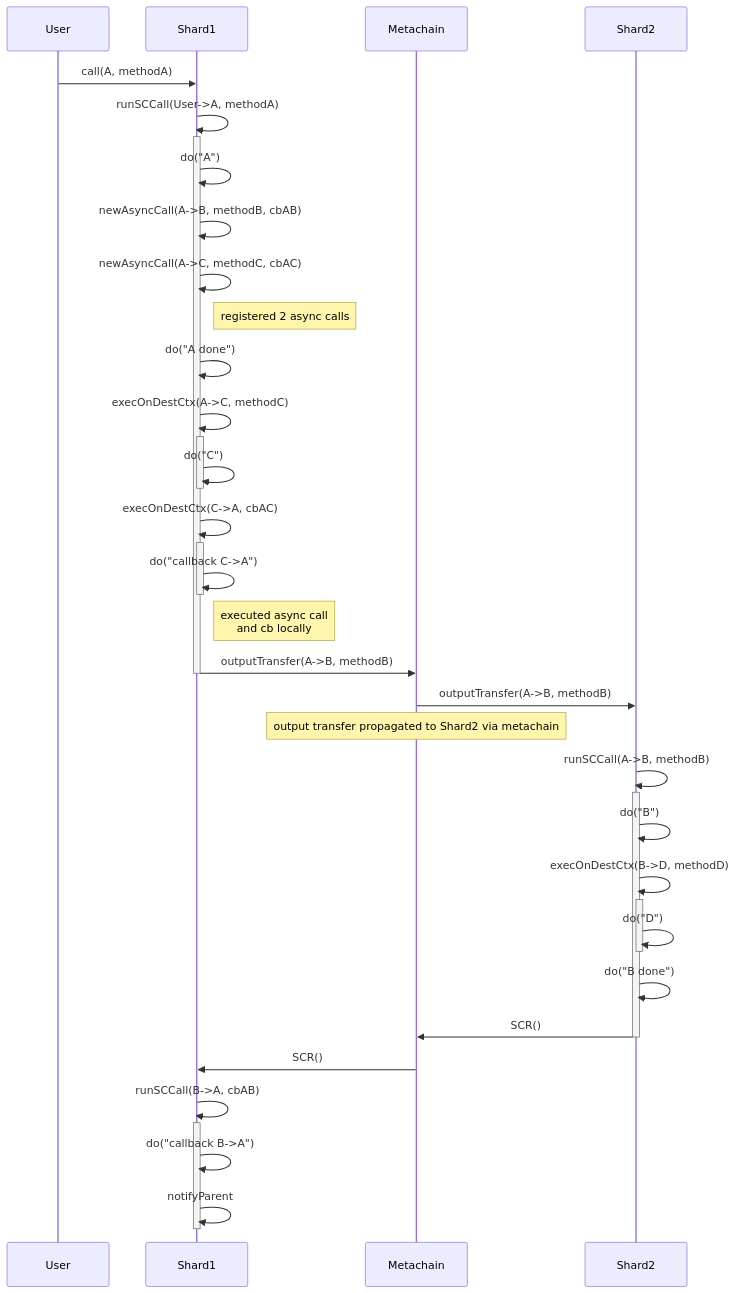
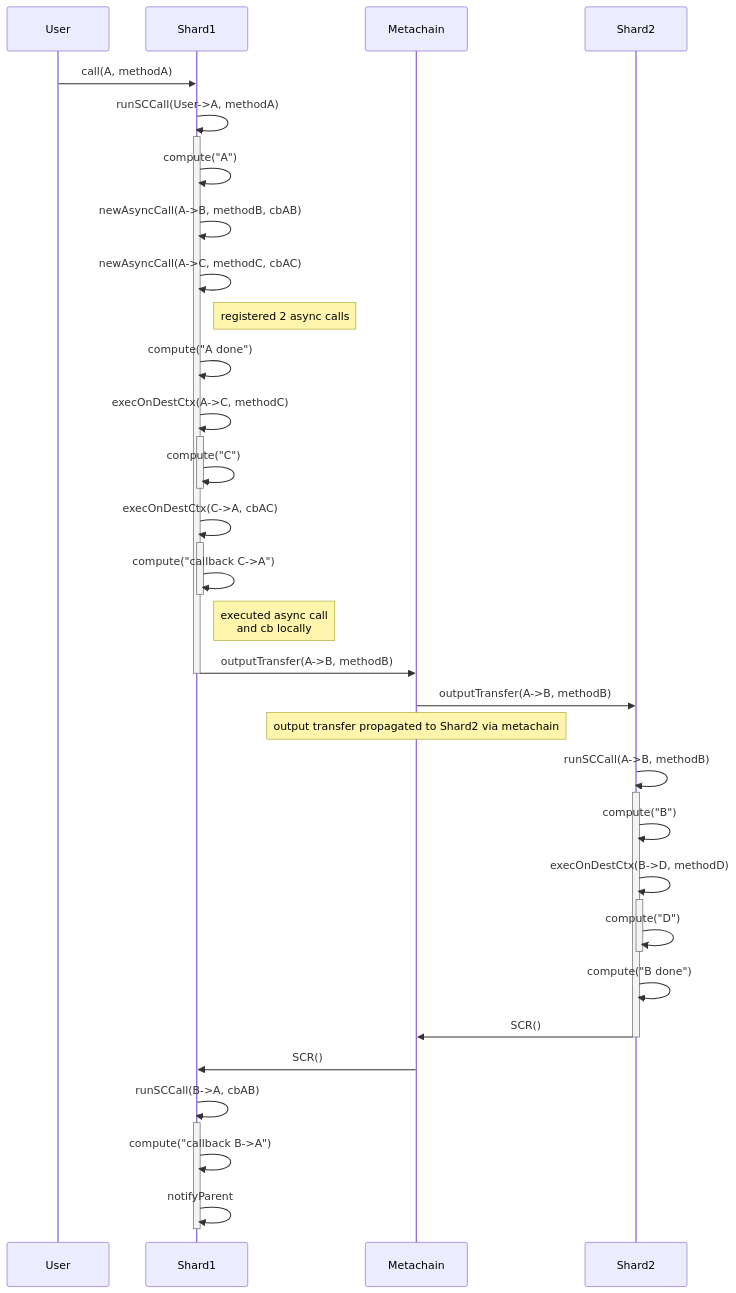
Before and after one commit to runtimeverification/multiversx-protocol-audit: the first of 2 diagrams in async_call/docs/example_cases.md, drawn with Mermaid. The commit also changed other lines of this file, not shown here.

Commit message:
do => compute

````diff
--- a/async_call/docs/example_cases.md
+++ b/async_call/docs/example_cases.md
@@ -48,46 +48,46 @@
 ```mermaid
 sequenceDiagram
   participant User
   participant Shard1
   participant Metachain
   participant Shard2
   
   User ->> Shard1: call(A, methodA)
   Shard1 ->>+ Shard1: runSCCall(User->A, methodA)
 
-  Shard1 ->> Shard1: do("A")
+  Shard1 ->> Shard1: compute("A")
   
   Shard1 ->> Shard1: newAsyncCall(A->B, methodB, cbAB)
   Shard1 ->> Shard1: newAsyncCall(A->C, methodC, cbAC)
   note right of Shard1: registered 2 async calls
 
-  Shard1 ->> Shard1: do("A done")
+  Shard1 ->> Shard1: compute("A done")
   
   Shard1 ->>+ Shard1: execOnDestCtx(A->C, methodC)
-  Shard1 ->>- Shard1: do("C")
+  Shard1 ->>- Shard1: compute("C")
 
   Shard1 ->>+ Shard1: execOnDestCtx(C->A, cbAC)
-  Shard1 ->>- Shard1: do("callback C->A")
+  Shard1 ->>- Shard1: compute("callback C->A")
   note right of Shard1: executed async call<br/>and cb locally
 
   Shard1 ->>- Metachain: outputTransfer(A->B, methodB)
   
   Metachain ->> Shard2: outputTransfer(A->B, methodB)
   note over Metachain: output transfer propagated to Shard2 via metachain
 
 
   Shard2 ->>+ Shard2: runSCCall(A->B, methodB)
 
-  Shard2 ->> Shard2: do("B")
+  Shard2 ->> Shard2: compute("B")
   Shard2 ->>+ Shard2: execOnDestCtx(B->D, methodD)
-  Shard2 ->>- Shard2: do("D")
+  Shard2 ->>- Shard2: compute("D")
 
-  Shard2 ->> Shard2: do("B done")
+  Shard2 ->> Shard2: compute("B done")
 
   Shard2 ->>- Metachain:  SCR()
   Metachain ->> Shard1: SCR()
   
   Shard1 ->>+ Shard1: runSCCall(B->A, cbAB)
-  Shard1 ->> Shard1: do("callback B->A")
+  Shard1 ->> Shard1: compute("callback B->A")
   Shard1 ->>- Shard1: notifyParent
 ```
````
